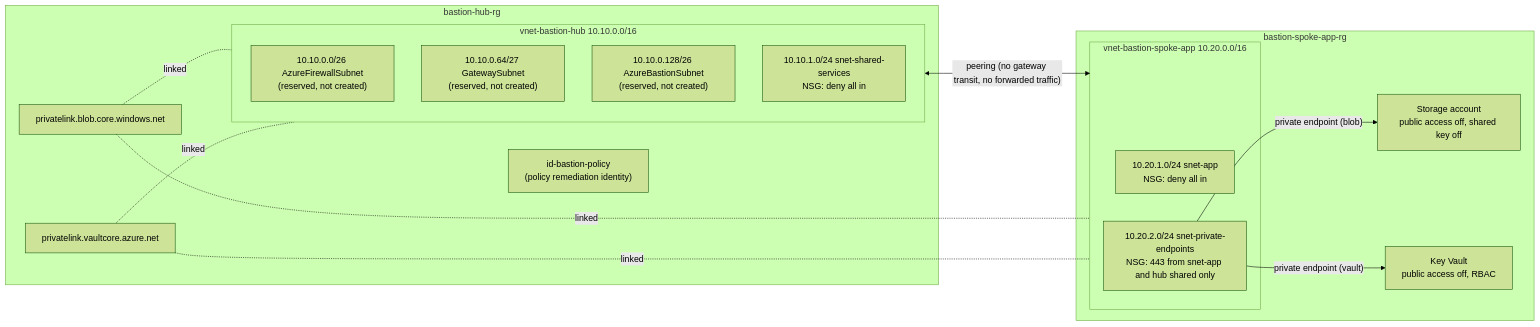
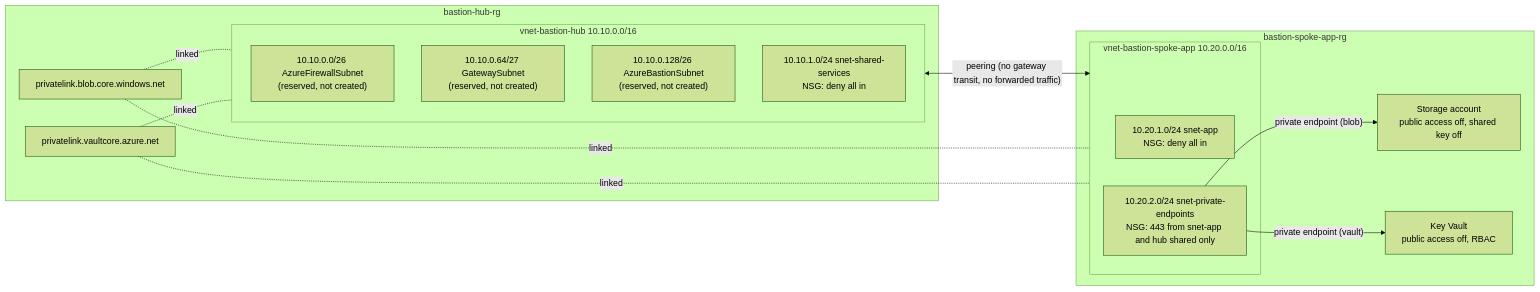
The second of 3 diagrams in docs/ARCHITECTURE.md (MarwenOnGit/Bastion), drawn with Mermaid (forest theme) before and after one commit. The commit also changed other lines of this file and 18 other files, not shown here.

````diff
--- a/docs/ARCHITECTURE.md
+++ b/docs/ARCHITECTURE.md
@@ -42,31 +43,30 @@
 ```mermaid
 flowchart LR
   subgraph hubrg["bastion-hub-rg"]
     subgraph hub["vnet-bastion-hub 10.10.0.0/16"]
       fw["10.10.0.0/26 AzureFirewallSubnet<br/>(reserved, not created)"]
       gw["10.10.0.64/27 GatewaySubnet<br/>(reserved, not created)"]
       ab["10.10.0.128/26 AzureBastionSubnet<br/>(reserved, not created)"]
       shared["10.10.1.0/24 snet-shared-services<br/>NSG: deny all in"]
     end
     dnsb["privatelink.blob.core.windows.net"]
     dnsv["privatelink.vaultcore.azure.net"]
-    uai["id-bastion-policy<br/>(policy remediation identity)"]
   end
 
   subgraph spokerg["bastion-spoke-app-rg"]
     subgraph spoke["vnet-bastion-spoke-app 10.20.0.0/16"]
       app["10.20.1.0/24 snet-app<br/>NSG: deny all in"]
       pe["10.20.2.0/24 snet-private-endpoints<br/>NSG: 443 from snet-app and hub shared only"]
     end
     st["Storage account<br/>public access off, shared key off"]
     kv["Key Vault<br/>public access off, RBAC"]
   end
 
   hub <-- "peering (no gateway transit, no forwarded traffic)" --> spoke
   pe -- "private endpoint (blob)" --> st
   pe -- "private endpoint (vault)" --> kv
   dnsb -. linked .- hub
   dnsb -. linked .- spoke
   dnsv -. linked .- hub
   dnsv -. linked .- spoke
 ```
````
